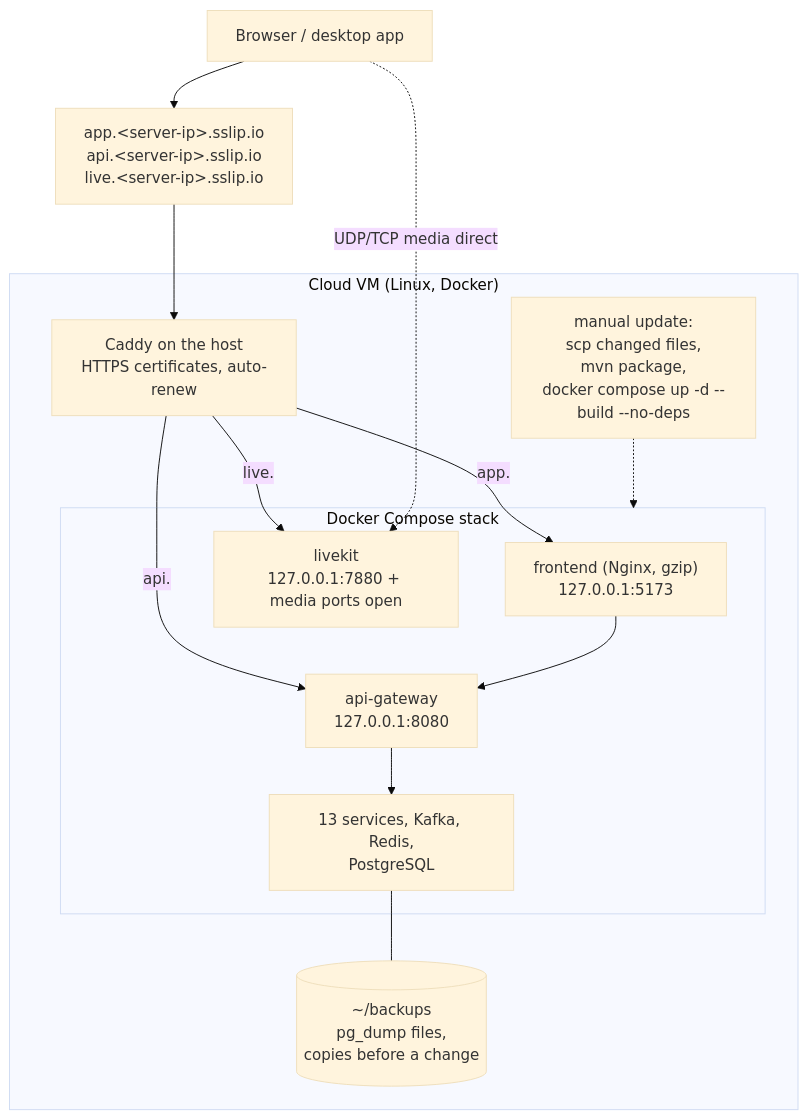
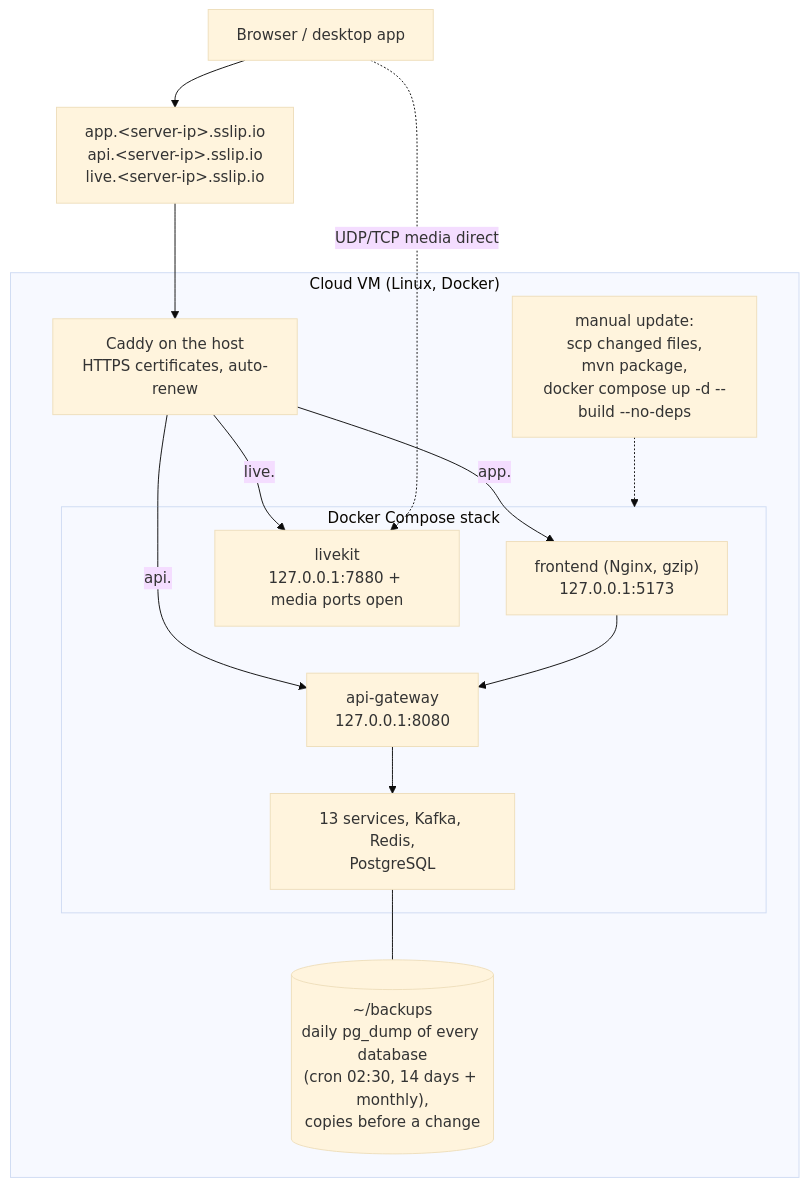
The diagram in docs/diagrams/architecture/06-production-server.mmd (rohanrk2810/ITLMS), drawn with Mermaid (base theme) before and after one commit. The commit also changed 25 other files, not shown here.

Commit message:
Docs: the whole finance desk (ERD, API, PRD, test plan, security, review), a daily backup, and the diagrams: finance ER, service calls, production server, and five new flows (refund, payroll, GST, bank reconciliation, UPI)

```diff
--- a/docs/diagrams/architecture/06-production-server.mmd
+++ b/docs/diagrams/architecture/06-production-server.mmd
@@ -1,24 +1,24 @@
 flowchart TB
     USER["Browser / desktop app"]
     DNS["app.&lt;server-ip&gt;.sslip.io<br/>api.&lt;server-ip&gt;.sslip.io<br/>live.&lt;server-ip&gt;.sslip.io"]
 
     subgraph VM["Cloud VM (Linux, Docker)"]
         CADDY["Caddy on the host<br/>HTTPS certificates, auto-renew"]
         subgraph DC["Docker Compose stack"]
             FE["frontend (Nginx, gzip)<br/>127.0.0.1:5173"]
             GW["api-gateway<br/>127.0.0.1:8080"]
             LKS["livekit<br/>127.0.0.1:7880 + media ports open"]
             SVC["13 services, Kafka, Redis,<br/>PostgreSQL"]
         end
-        BK[("~/backups<br/>pg_dump files,<br/>copies before a change")]
+        BK[("~/backups<br/>daily pg_dump of every database<br/>(cron 02:30, 14 days + monthly),<br/>copies before a change")]
         SCRIPT["manual update:<br/>scp changed files,<br/>mvn package,<br/>docker compose up -d --build --no-deps"]
     end
 
     USER --> DNS --> CADDY
     CADDY -->|"app."| FE
     CADDY -->|"api."| GW
     CADDY -->|"live."| LKS
     FE --> GW --> SVC
     SVC --- BK
     SCRIPT -.-> DC
     USER -.->|"UDP/TCP media direct"| LKS
```
